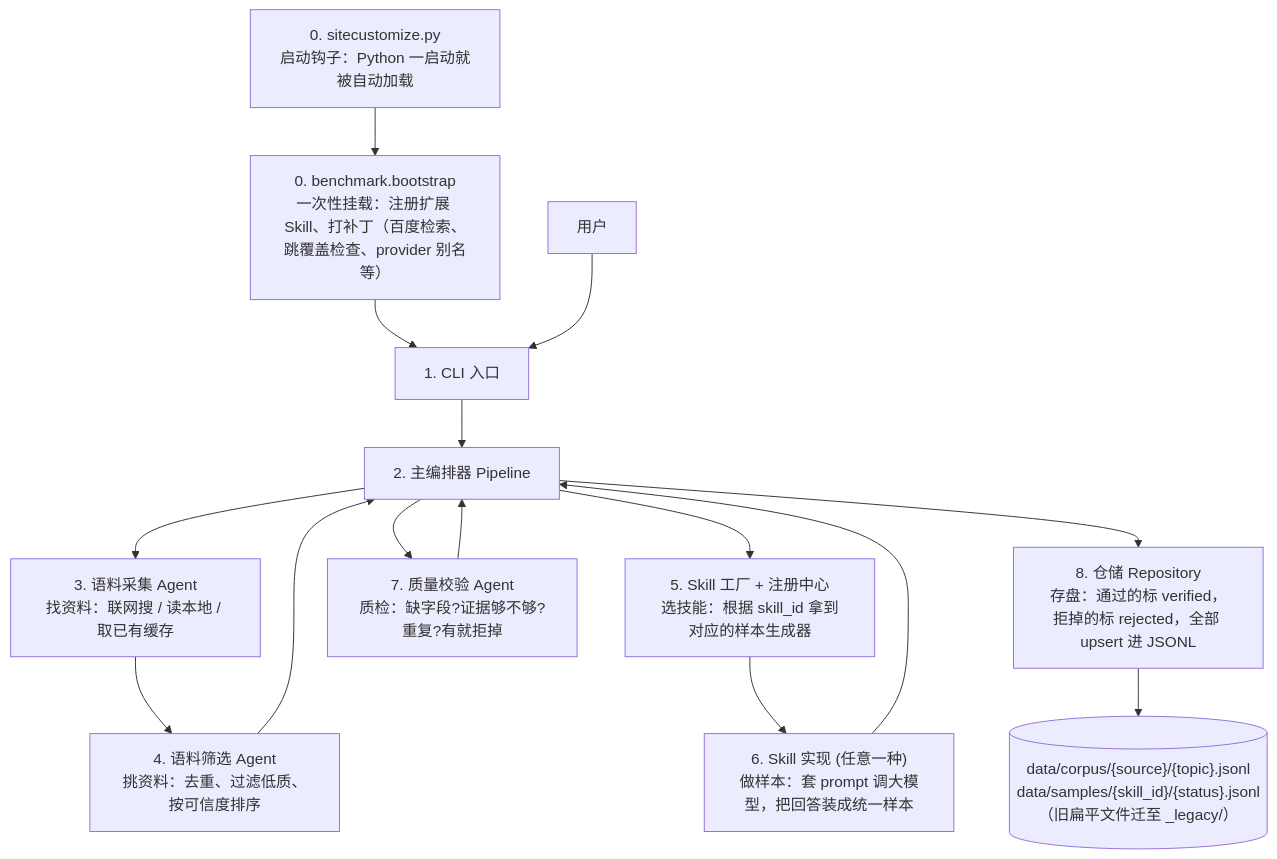
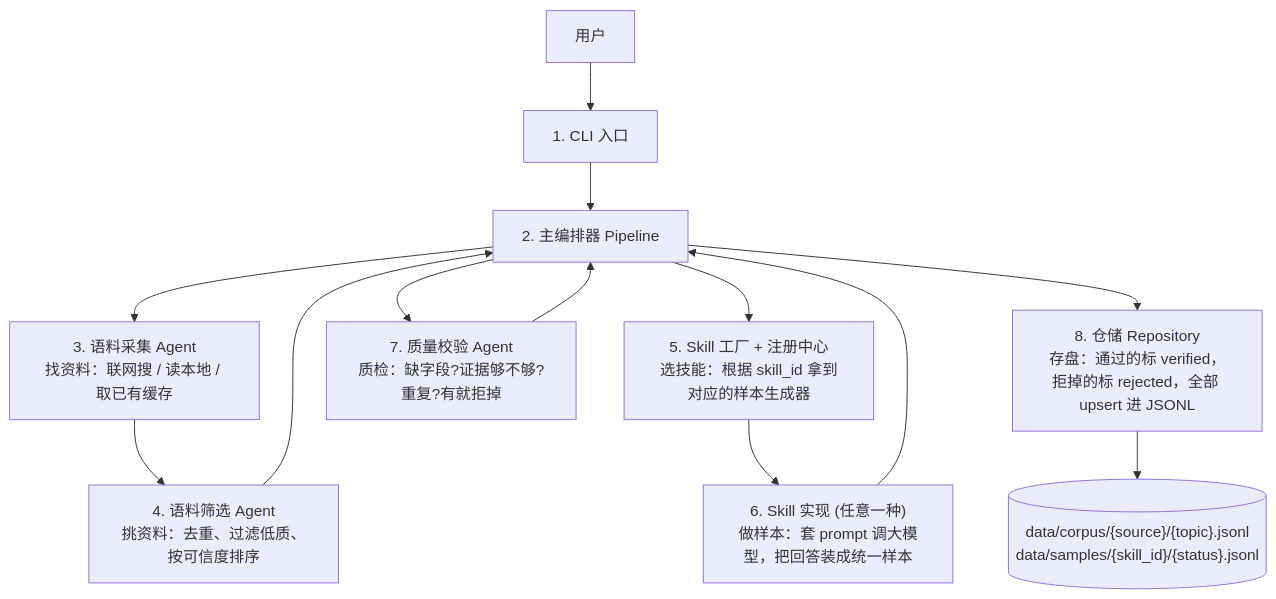
Before and after one commit to gomate-community/EvoBench: the first of 2 diagrams in docs/benchmark_qa_pipeline_demo.md, drawn with Mermaid. The commit also changed other lines of this file and 8 other files, not shown here.

````diff
--- a/docs/benchmark_qa_pipeline_demo.md
+++ b/docs/benchmark_qa_pipeline_demo.md
@@ -13,22 +13,19 @@
 ```mermaid
 graph TB
     U["用户"]
-    Z0["0. sitecustomize.py<br/>启动钩子：Python 一启动就被自动加载"]
-    Z1["0. benchmark.bootstrap<br/>一次性挂载：注册扩展 Skill、打补丁（百度检索、跳覆盖检查、provider 别名等）"]
     A["1. CLI 入口"]
     B["2. 主编排器 Pipeline"]
     C["3. 语料采集 Agent<br/>找资料：联网搜 / 读本地 / 取已有缓存"]
     D["4. 语料筛选 Agent<br/>挑资料：去重、过滤低质、按可信度排序"]
     E["5. Skill 工厂 + 注册中心<br/>选技能：根据 skill_id 拿到对应的样本生成器"]
     F["6. Skill 实现 (任意一种)<br/>做样本：套 prompt 调大模型，把回答装成统一样本"]
     G["7. 质量校验 Agent<br/>质检：缺字段?证据够不够?重复?有就拒掉"]
     H["8. 仓储 Repository<br/>存盘：通过的标 verified，拒掉的标 rejected，全部 upsert 进 JSONL"]
-    O[("data/corpus/{source}/{topic}.jsonl<br/>data/samples/{skill_id}/{status}.jsonl<br/>（旧扁平文件迁至 _legacy/）")]
+    O[("data/corpus/{source}/{topic}.jsonl<br/>data/samples/{skill_id}/{status}.jsonl")]
 
-    Z0 --> Z1 --> A
     U --> A --> B
     B --> C --> D --> B
     B --> E --> F --> B
     B --> G --> B
     B --> H --> O
 ```
````
